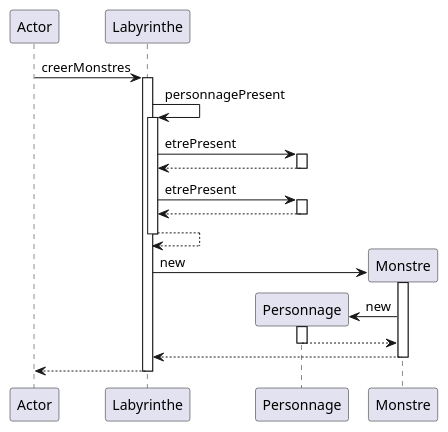
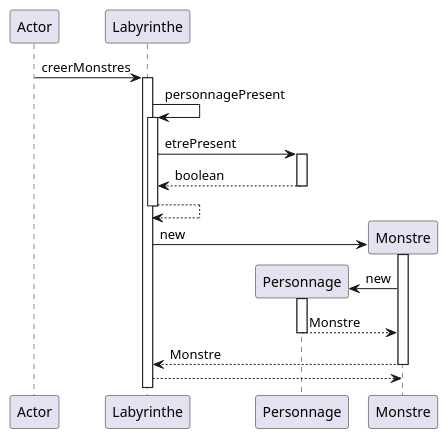
Before and after one commit to LukaSalvo/SAE2024: the diagram in zeldiablo/documents/version_3/diagseq_creerMonstres.puml, drawn with PlantUML. The commit also changed 4 other files, not shown here.

```diff
--- a/zeldiablo/documents/version_3/diagseq_creerMonstres.puml
+++ b/zeldiablo/documents/version_3/diagseq_creerMonstres.puml
@@ -1,28 +1,25 @@
 @startuml
 participant Actor
 Actor -> Labyrinthe : creerMonstres
 activate Labyrinthe
 Labyrinthe -> Labyrinthe : personnagePresent
 activate Labyrinthe
 Labyrinthe -> Personnage : etrePresent
 activate Personnage
-Personnage --> Labyrinthe
+Personnage --> Labyrinthe:boolean
 deactivate Personnage
-Labyrinthe -> Personnage : etrePresent
-activate Personnage
-Personnage --> Labyrinthe
 deactivate Personnage
 Labyrinthe --> Labyrinthe
 deactivate Labyrinthe
 create Monstre
 Labyrinthe -> Monstre : new
 activate Monstre
 create Personnage
 Monstre -> Personnage : new
 activate Personnage
-Personnage --> Monstre
+Personnage --> Monstre: Monstre
 deactivate Personnage
-Monstre --> Labyrinthe
+Monstre --> Labyrinthe:Monstre
 deactivate Monstre
 return
 @enduml
```
